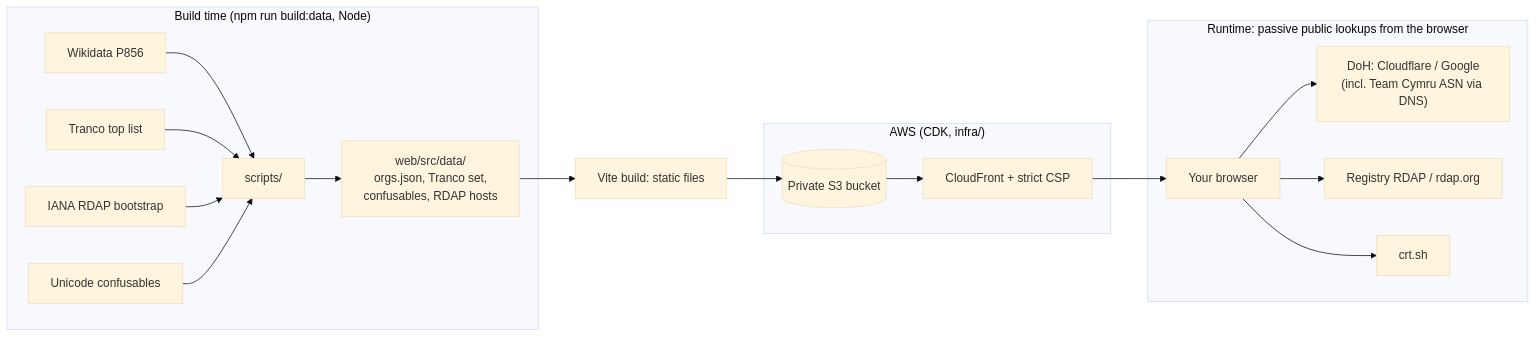
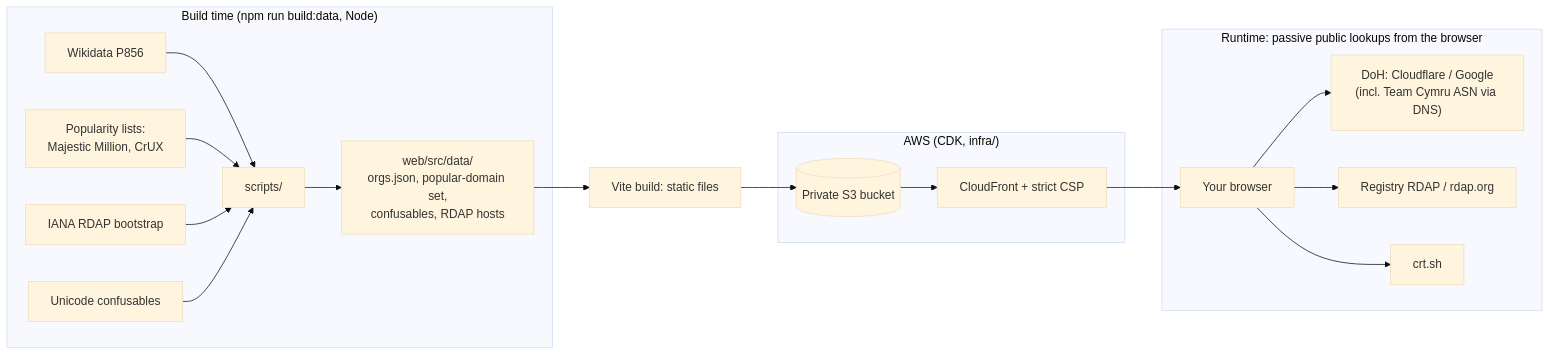
One commit to calinSuconicovSafemarker/izanami changed the diagram in README.md. Above: the diagram before and after it, drawn with Mermaid (base theme). The commit also changed other lines of this file and 5 other files, not shown here.

First line of the commit message:
docs: popularity lists replace Tranco (ticket 19)

````diff
--- a/README.md
+++ b/README.md
@@ -18,20 +18,20 @@
 ```mermaid
 flowchart LR
   subgraph build["Build time (npm run build:data, Node)"]
     WD[Wikidata P856] --> GEN[scripts/]
-    TR[Tranco top list] --> GEN
+    POP[Popularity lists:<br/>Majestic Million, CrUX] --> GEN
     IANA[IANA RDAP bootstrap] --> GEN
     UC[Unicode confusables] --> GEN
-    GEN --> DATA["web/src/data/<br/>orgs.json, Tranco set,<br/>confusables, RDAP hosts"]
+    GEN --> DATA["web/src/data/<br/>orgs.json, popular-domain set,<br/>confusables, RDAP hosts"]
   end
   subgraph host["AWS (CDK, infra/)"]
     S3[(Private S3 bucket)] --> CF[CloudFront + strict CSP]
   end
   DATA --> SITE[Vite build: static files] --> S3
   CF --> B[Your browser]
   subgraph runtime["Runtime: passive public lookups from the browser"]
     B --> DOH["DoH: Cloudflare / Google<br/>(incl. Team Cymru ASN via DNS)"]
     B --> RDAP["Registry RDAP / rdap.org"]
     B --> CRT[crt.sh]
   end
 ```
````
